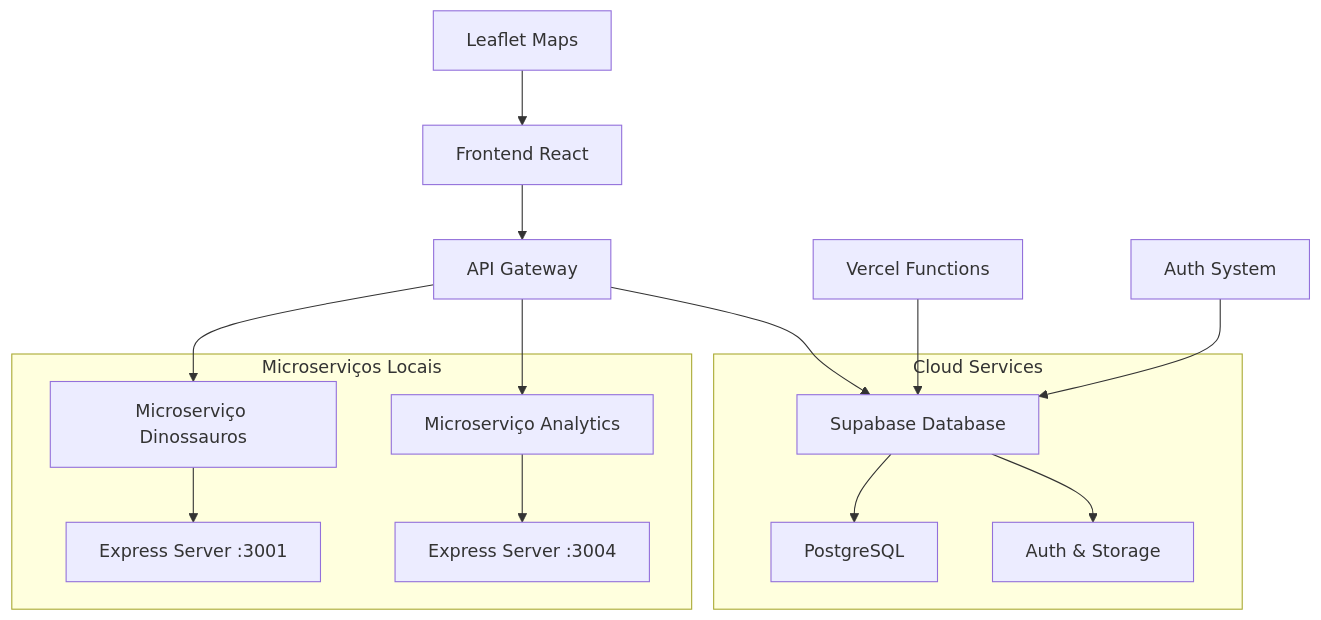
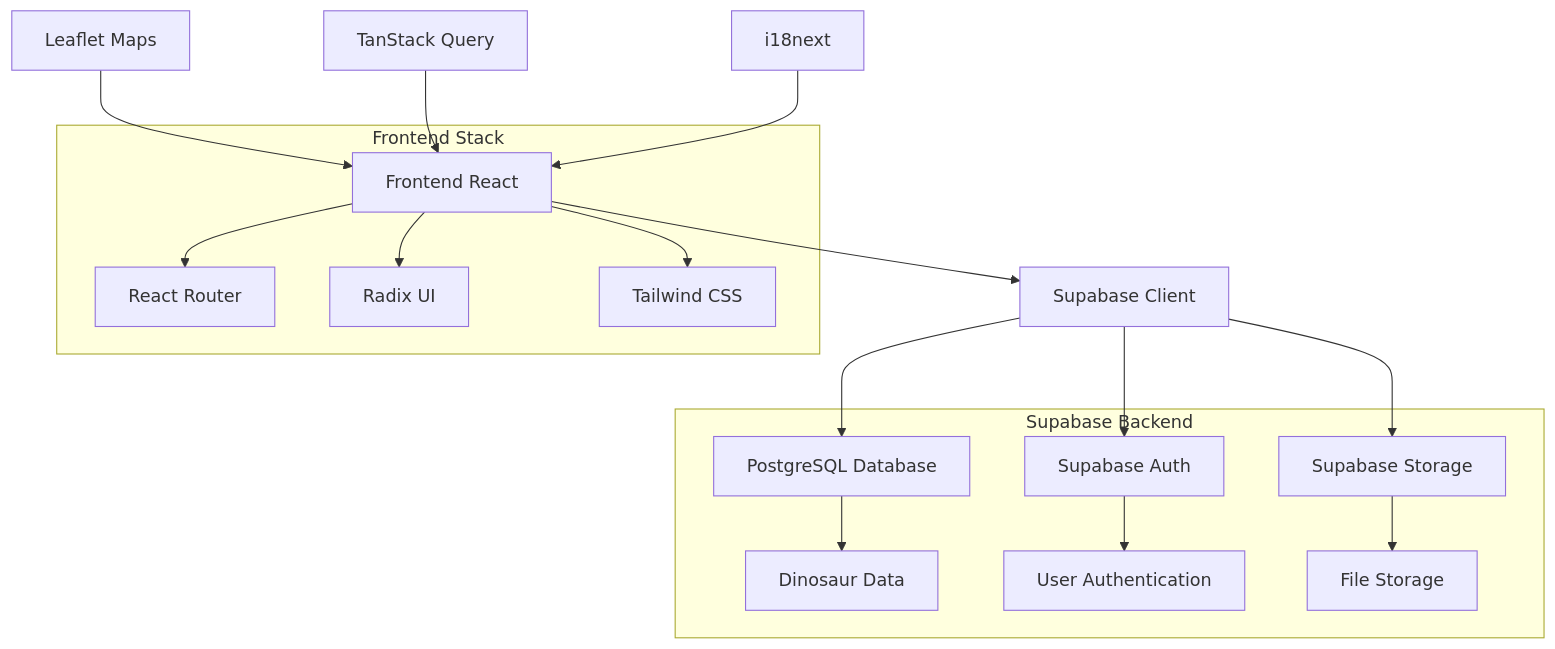
One commit to ensinho/dino-library changed the diagram in README.md. Above: the diagram before and after it, drawn with Mermaid. The commit also changed other lines of this file and 2 other files, not shown here.

Commit message:
removing api utilization ( wasnt working )

````diff
--- a/README.md
+++ b/README.md
@@ -96,21 +91,23 @@
 ```mermaid
 graph TB
-    A[Frontend React] --> B[API Gateway]
-    B --> C[Microserviço Dinossauros]
-    B --> D[Microserviço Analytics]
-    B --> E[Supabase Database]
+    A[Frontend React] --> B[Supabase Client]
+    B --> C[PostgreSQL Database]
+    B --> D[Supabase Auth]
+    B --> E[Supabase Storage]
     
-    F[Vercel Functions] --> E
-    G[Leaflet Maps] --> A
-    H[Auth System] --> E
+    F[Leaflet Maps] --> A
+    G[TanStack Query] --> A
+    H[i18next] --> A
     
-    subgraph "Microserviços Locais"
-        C --> I[Express Server :3001]
-        D --> J[Express Server :3004]
+    subgraph "Supabase Backend"
+        C --> I[Dinosaur Data]
+        D --> J[User Authentication]
+        E --> K[File Storage]
     end
     
-    subgraph "Cloud Services"
-        E --> K[PostgreSQL]
-        E --> L[Auth & Storage]
+    subgraph "Frontend Stack"
+        A --> L[React Router]
+        A --> M[Radix UI]
+        A --> N[Tailwind CSS]
     end
 ```
````
